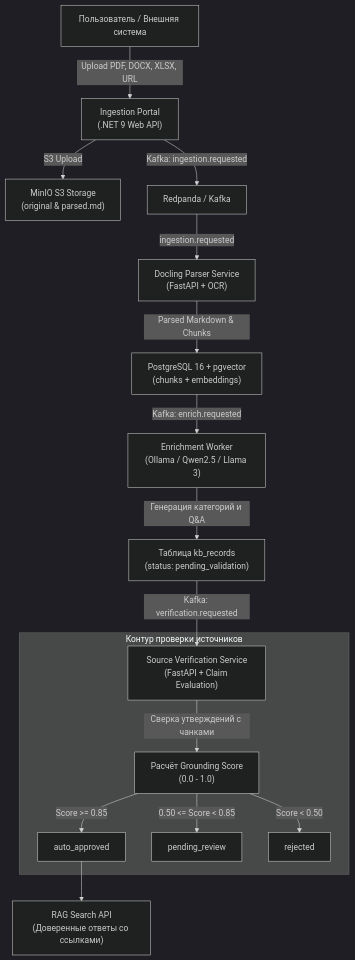
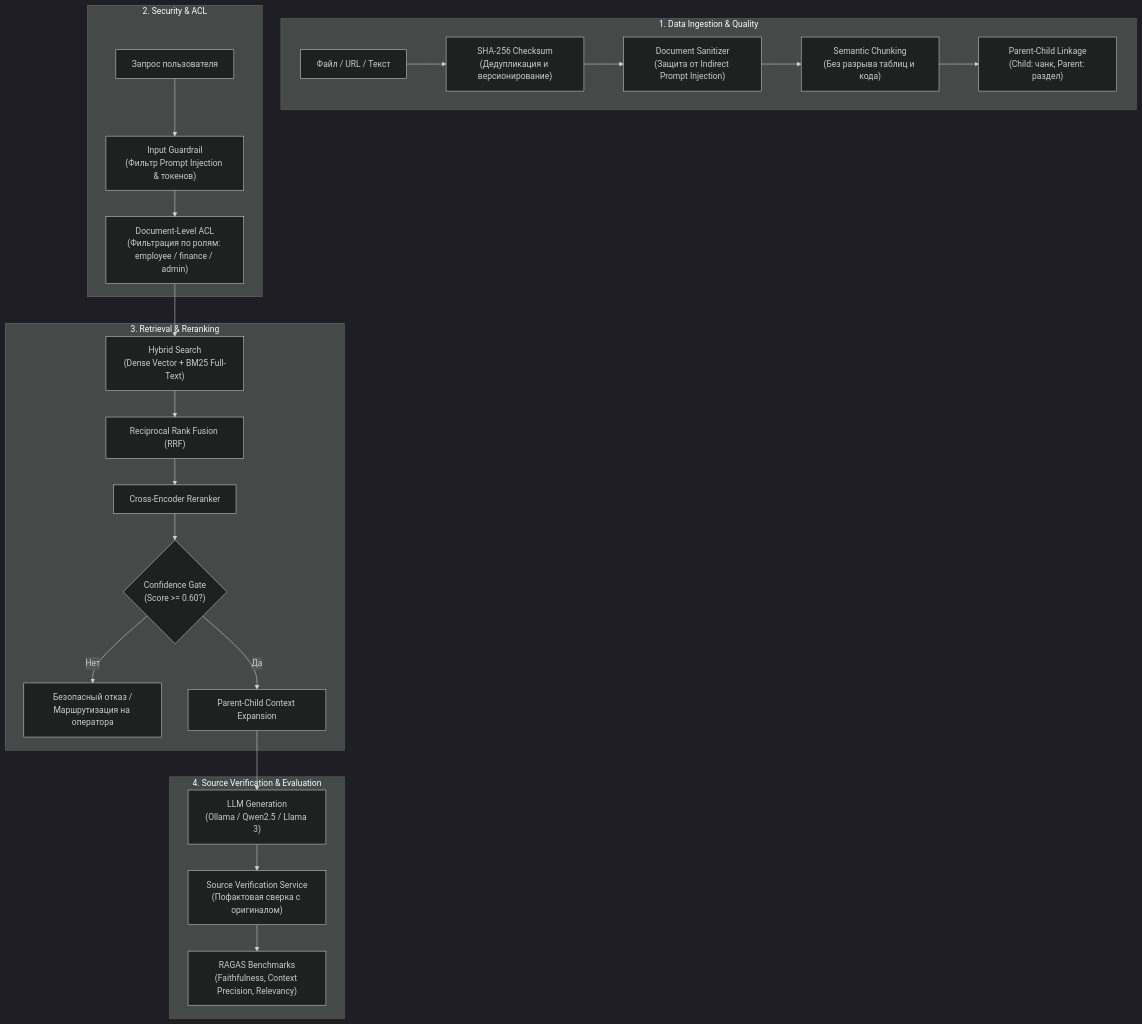
The diagram in README.md (NiQkir1/rag-knowledge-pipeline), drawn with Mermaid (dark theme) before and after one commit. The commit also changed other lines of this file and 5 other files, not shown here.

Commit message:
Implement production RAG architecture: Semantic Chunking, Hybrid Search with RRF, Cross-Encoder Reranking, Document-Level ACL, Guardrails, and Ragas Evaluation

````diff
--- a/README.md
+++ b/README.md
@@ -28,23 +17,29 @@
 ```mermaid
 flowchart TD
-    User["Пользователь / Внешняя система"] -->|Upload PDF, DOCX, XLSX, URL| Portal["Ingestion Portal\n(.NET 9 Web API)"]
-    Portal -->|S3 Upload| MinIO["MinIO S3 Storage\n(original & parsed.md)"]
-    Portal -->|Kafka: ingestion.requested| Redpanda["Redpanda / Kafka"]
-
-    Redpanda -->|ingestion.requested| DoclingSvc["Docling Parser Service\n(FastAPI + OCR)"]
-    DoclingSvc -->|Parsed Markdown & Chunks| PG["PostgreSQL 16 + pgvector\n(chunks + embeddings)"]
-
-    PG -->|Kafka: enrich.requested| EnrichmentWorker["Enrichment Worker\n(Ollama / Qwen2.5 / Llama 3)"]
-    EnrichmentWorker -->|Генерация категорий и Q&A| KBRecords["Таблица kb_records\n(status: pending_validation)"]
-
-    KBRecords -->|Kafka: verification.requested| VerificationSvc["Source Verification Service\n(FastAPI + Claim Evaluation)"]
-    
-    subgraph Verification ["Контур проверки источников"]
-        VerificationSvc -->|Сверка утверждений с чанками| GroundingEval["Расчёт Grounding Score\n(0.0 - 1.0)"]
-        GroundingEval -->|Score >= 0.85| Approved["auto_approved"]
-        GroundingEval -->|0.50 <= Score < 0.85| Review["pending_review"]
-        GroundingEval -->|Score < 0.50| Rejected["rejected"]
+    subgraph Ingestion ["1. Data Ingestion & Quality"]
+        Doc["Файл / URL / Текст"] --> Hash["SHA-256 Checksum\n(Дедупликация и версионирование)"]
+        Hash --> Sanitizer["Document Sanitizer\n(Защита от Indirect Prompt Injection)"]
+        Sanitizer --> SemChunk["Semantic Chunking\n(Без разрыва таблиц и кода)"]
+        SemChunk --> ParentChild["Parent-Child Linkage\n(Child: чанк, Parent: раздел)"]
     end
 
-    Approved --> RAG["RAG Search API\n(Доверенные ответы со ссылками)"]
+    subgraph Security ["2. Security & ACL"]
+        Req["Запрос пользователя"] --> InGuard["Input Guardrail\n(Фильтр Prompt Injection & токенов)"]
+        InGuard --> ACLFilter["Document-Level ACL\n(Фильтрация по ролям: employee / finance / admin)"]
+    end
+
+    subgraph Retrieval ["3. Retrieval & Reranking"]
+        ACLFilter --> Hybrid["Hybrid Search\n(Dense Vector + BM25 Full-Text)"]
+        Hybrid --> RRF["Reciprocal Rank Fusion (RRF)"]
+        RRF --> Reranker["Cross-Encoder Reranker"]
+        Reranker --> Gate{"Confidence Gate\n(Score >= 0.60?)"}
+        Gate -->|Нет| Fallback["Безопасный отказ /\nМаршрутизация на оператора"]
+        Gate -->|Да| Expand["Parent-Child Context Expansion"]
+    end
+
+    subgraph Verification ["4. Source Verification & Evaluation"]
+        Expand --> LLM["LLM Generation\n(Ollama / Qwen2.5 / Llama 3)"]
+        LLM --> Verifier["Source Verification Service\n(Пофактовая сверка с оригиналом)"]
+        Verifier --> Ragas["RAGAS Benchmarks\n(Faithfulness, Context Precision, Relevancy)"]
+    end
 ```
````
